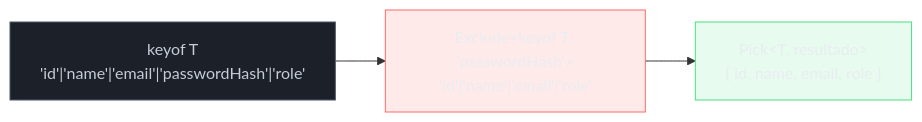
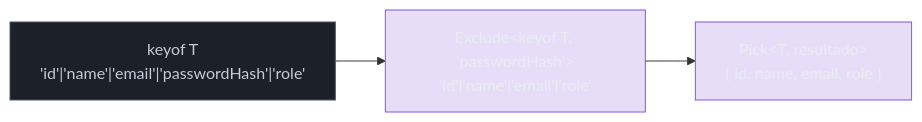
One commit to josenaldo/codex-technomanticus changed the fourth of 6 diagrams in 03-Dominios/Tecnologia/TypeScript/18 - Utility types - e como reconstruí-los.md. Above: the diagram before and after it, drawn with Mermaid. The commit also changed other lines of this file and 601 other files, not shown here.

````diff
--- a/03-Dominios/Tecnologia/TypeScript/18 - Utility types - e como reconstruí-los.md
+++ b/03-Dominios/Tecnologia/TypeScript/18 - Utility types - e como reconstruí-los.md
@@ -505,15 +504,14 @@
 ```mermaid
 flowchart LR
+    classDef marca fill:#8855DF33,stroke:#8855DF,color:#E9ECF2
     classDef neutro fill:#1B2029,stroke:#4E5666,color:#C6CCD8
-    classDef falha fill:#FF6B6B24,stroke:#FF6B6B,color:#E9ECF2
-    classDef ok fill:#4ADE8021,stroke:#4ADE80,color:#E9ECF2
     K["keyof T\n'id'|'name'|'email'|'passwordHash'|'role'"]
     EX["Exclude&lt;keyof T, 'passwordHash'&gt;\n'id'|'name'|'email'|'role'"]
     PK["Pick&lt;T, resultado&gt;\n{ id, name, email, role }"]
 
     K --> EX --> PK
 
     class K neutro
-    class EX falha
-    class PK ok
+    class EX marca
+    class PK marca
 ```
````
